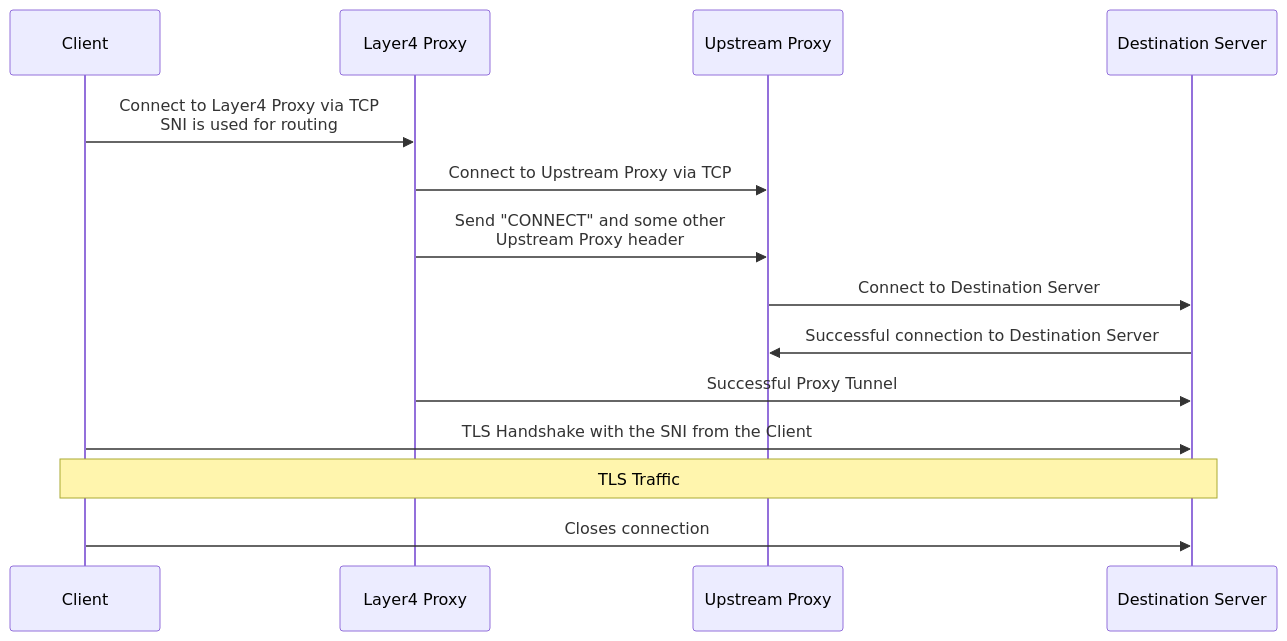
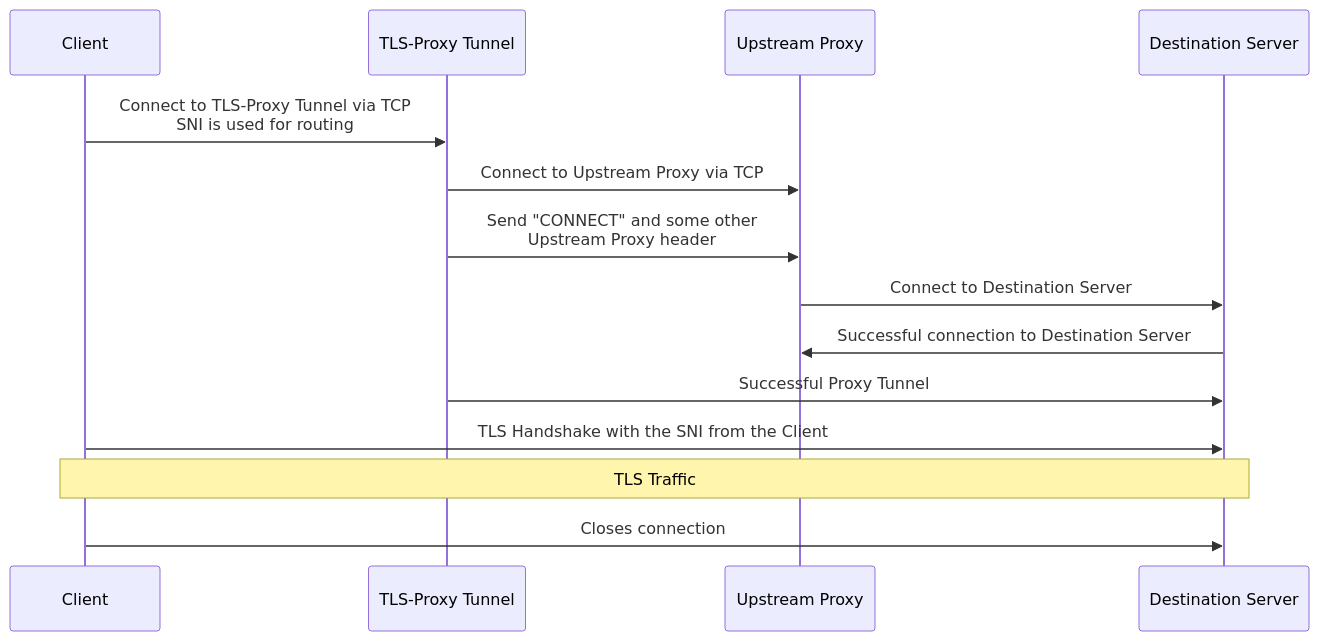
The diagram in README.md (git001/tls-proxy-tunnel), drawn with Mermaid before and after one commit. The commit also changed other lines of this file and 8 other files, not shown here.

First line of the commit message:
Rename the project to tls-proxy-tunnel to avoid name clashing

````diff
--- a/README.md
+++ b/README.md
@@ -20,18 +20,18 @@
 ```mermaid
 sequenceDiagram
 
   participant CL AS Client
-  participant LP AS Layer4 Proxy
+  participant LP AS TLS-Proxy Tunnel
   participant UP AS Upstream Proxy
   participant DS AS Destination Server
 
-  CL->>LP: Connect to Layer4 Proxy via TCP<br/>SNI is used for routing
+  CL->>LP: Connect to TLS-Proxy Tunnel via TCP<br/>SNI is used for routing
   LP->>UP: Connect to Upstream Proxy via TCP
   LP->>UP: Send "CONNECT" and some other<br/>Upstream Proxy header
   UP->>DS: Connect to Destination Server
   DS->>UP: Successful connection to Destination Server
   LP->>DS: Successful Proxy Tunnel
   CL->>DS: TLS Handshake with the SNI from the Client
   Note over DS,CL: TLS Traffic
   CL->>DS: Closes connection
 ```
````
